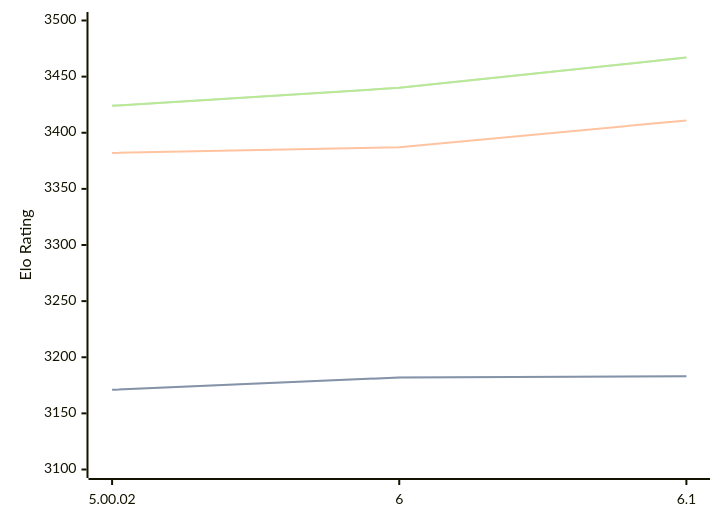
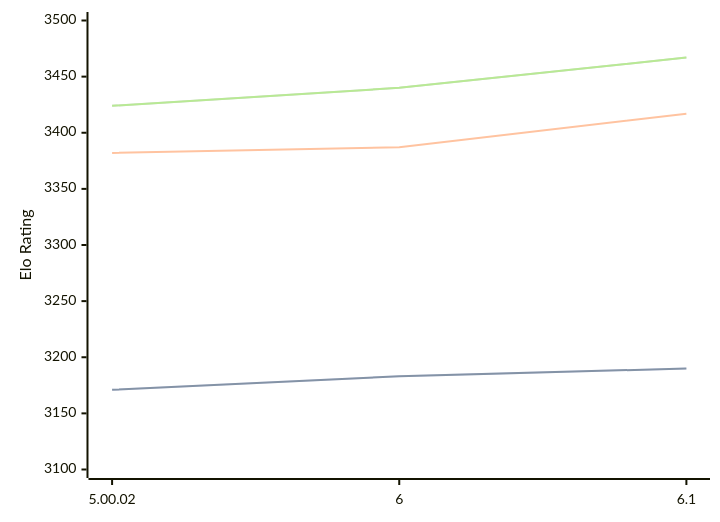
Before and after one commit to computer-chess-index/cci: the diagram in engines/Zangdar.md, drawn with Mermaid. The commit also changed other lines of this file, not shown here.

Commit message:
Update CCI Ratings (ELO VLTC) - 2026-02-15

````diff
--- a/engines/Zangdar.md
+++ b/engines/Zangdar.md
@@ -42,11 +42,11 @@
 ```mermaid
 %%{init: {"theme":"base","themeVariables":{"seriesColors:['#a3a3a3','#222221','#faa371']}}}%%
 xychart-beta
   x-axis ["5.00.02", "6", "6.1"]
   y-axis "Elo Rating" 3100 --> 3500
-  line "STC (8.0+0.08s)" [3171, 3182, 3183]
-  line "STC (8.0+0.08s)" [3171, 3182, 3183]
-  line "LTC (60.0+0.60s)" [3382, 3387, 3411]
+  line "STC (8.0+0.08s)" [3171, 3183, 3190]
+  line "STC (8.0+0.08s)" [3171, 3183, 3190]
+  line "LTC (60.0+0.60s)" [3382, 3387, 3417]
   line "VLTC (2m24s+1.12s)" [3424, 3440, 3467]
   line "VLTC (2m24s+1.12s)" [3424, 3440, 3467]
 ```
````
